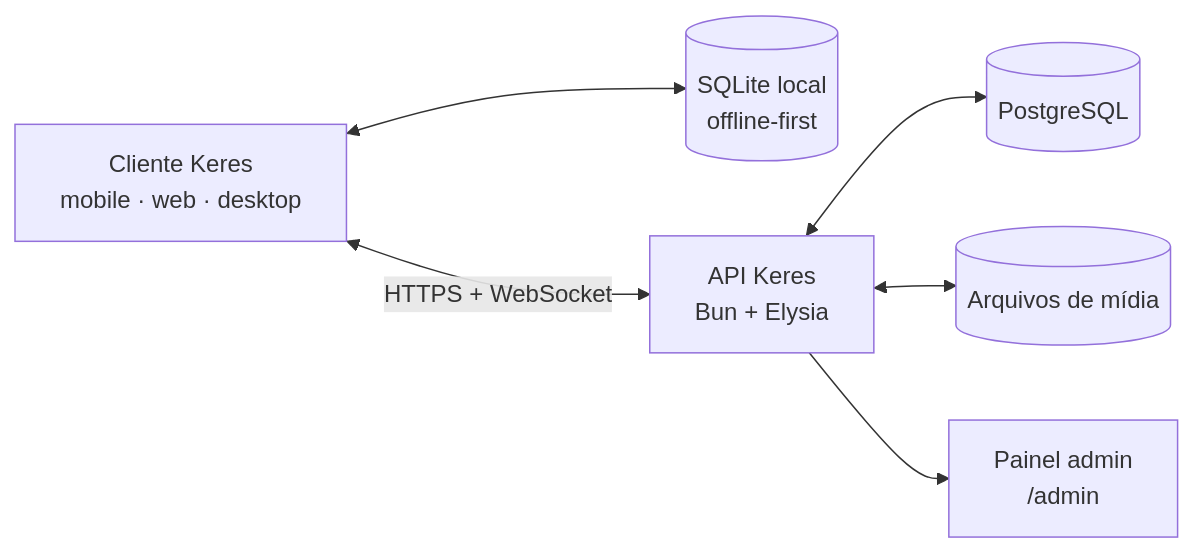
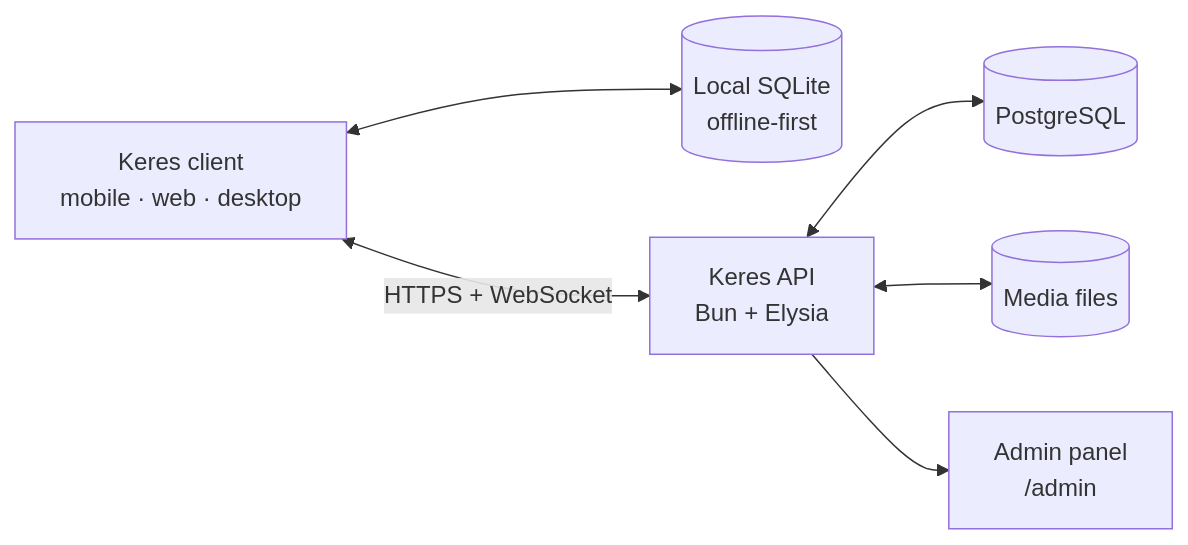
One commit to CaioFViana/Keres changed the diagram in README.md. Above: the diagram before and after it, drawn with Mermaid. The commit also changed other lines of this file and 283 other files, not shown here.

````diff
--- a/README.md
+++ b/README.md
@@ -28,15 +28,15 @@
 ```mermaid
 flowchart LR
-    C["Cliente Keres<br/>mobile · web · desktop"]
-    L[("SQLite local<br/>offline-first")]
-    A["API Keres<br/>Bun + Elysia"]
+    C["Keres client<br/>mobile · web · desktop"]
+    L[("Local SQLite<br/>offline-first")]
+    A["Keres API<br/>Bun + Elysia"]
     P[("PostgreSQL")]
-    M[("Arquivos de mídia")]
-    D["Painel admin<br/>/admin"]
+    M[("Media files")]
+    D["Admin panel<br/>/admin"]
 
     C <--> L
     C <-- "HTTPS + WebSocket" --> A
     A <--> P
     A <--> M
     A --> D
 ```
````
